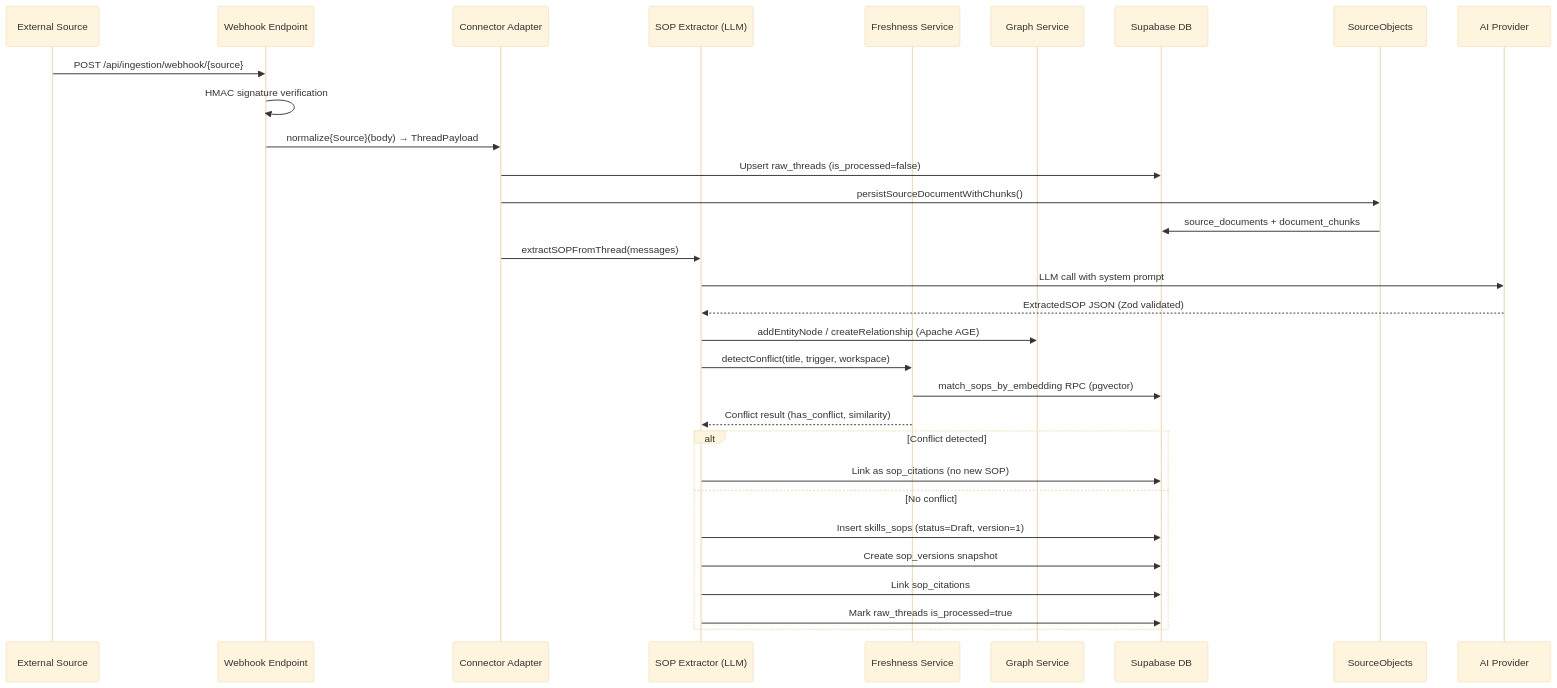
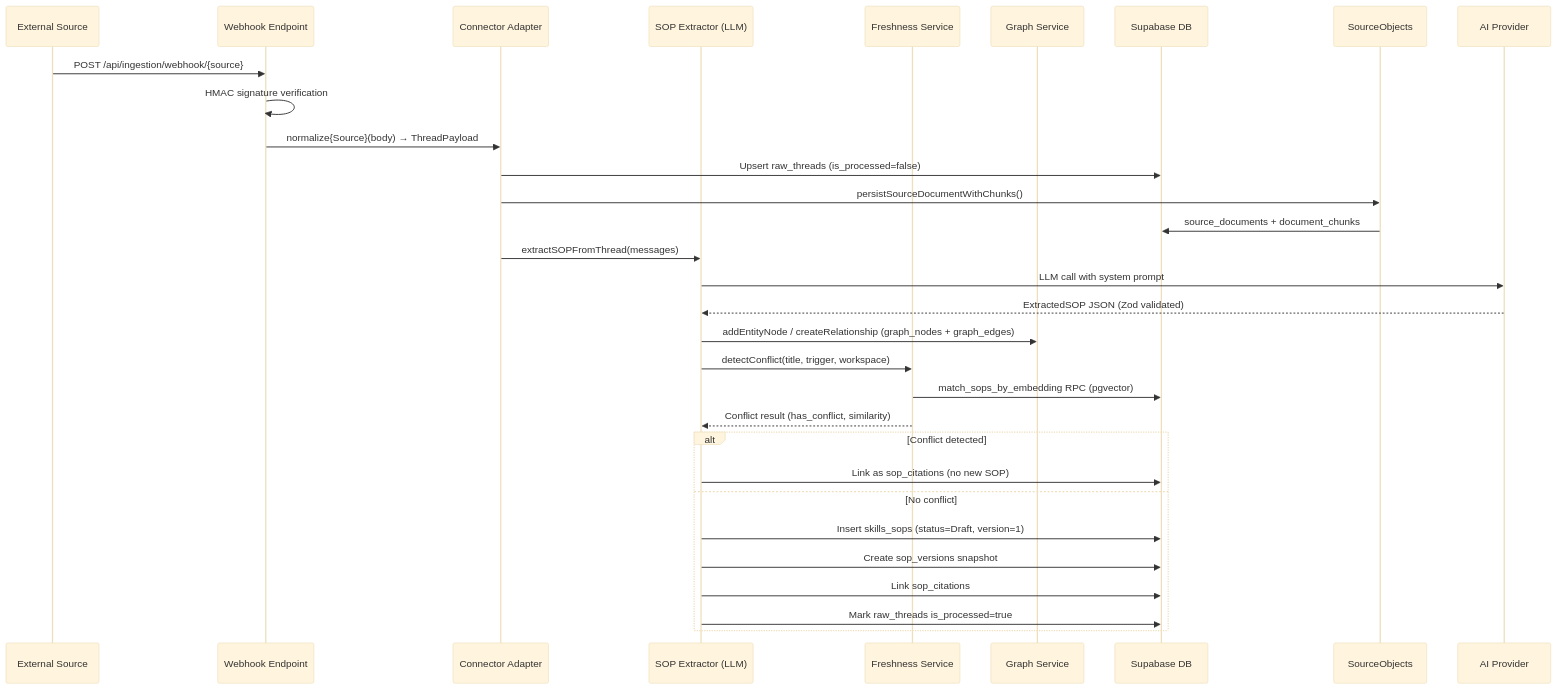
The third of 17 diagrams in ARCHITECTURE.md (AryanPatil5/CompanyBrain), drawn with Mermaid (base theme) before and after one commit. The commit also changed other lines of this file and 172 other files, not shown here.

````diff
--- a/ARCHITECTURE.md
+++ b/ARCHITECTURE.md
@@ -207,32 +207,32 @@
 ```mermaid
 sequenceDiagram
     participant Source as External Source
     participant Webhook as Webhook Endpoint
     participant Connector as Connector Adapter
     participant Extractor as SOP Extractor (LLM)
     participant Freshness as Freshness Service
     participant Graph as Graph Service
     participant Supabase as Supabase DB
 
     Source->>Webhook: POST /api/ingestion/webhook/{source}
     Webhook->>Webhook: HMAC signature verification
     Webhook->>Connector: normalize{Source}(body) → ThreadPayload
     Connector->>Supabase: Upsert raw_threads (is_processed=false)
     Connector->>SourceObjects: persistSourceDocumentWithChunks()
     SourceObjects->>Supabase: source_documents + document_chunks
     Connector->>Extractor: extractSOPFromThread(messages)
     Extractor->>AI Provider: LLM call with system prompt
     AI Provider-->>Extractor: ExtractedSOP JSON (Zod validated)
-    Extractor->>Graph: addEntityNode / createRelationship (Apache AGE)
+    Extractor->>Graph: addEntityNode / createRelationship (graph_nodes + graph_edges)
     Extractor->>Freshness: detectConflict(title, trigger, workspace)
     Freshness->>Supabase: match_sops_by_embedding RPC (pgvector)
     Freshness-->>Extractor: Conflict result (has_conflict, similarity)
     alt Conflict detected
         Extractor->>Supabase: Link as sop_citations (no new SOP)
     else No conflict
         Extractor->>Supabase: Insert skills_sops (status=Draft, version=1)
         Extractor->>Supabase: Create sop_versions snapshot
         Extractor->>Supabase: Link sop_citations
         Extractor->>Supabase: Mark raw_threads is_processed=true
     end
 ```
````
